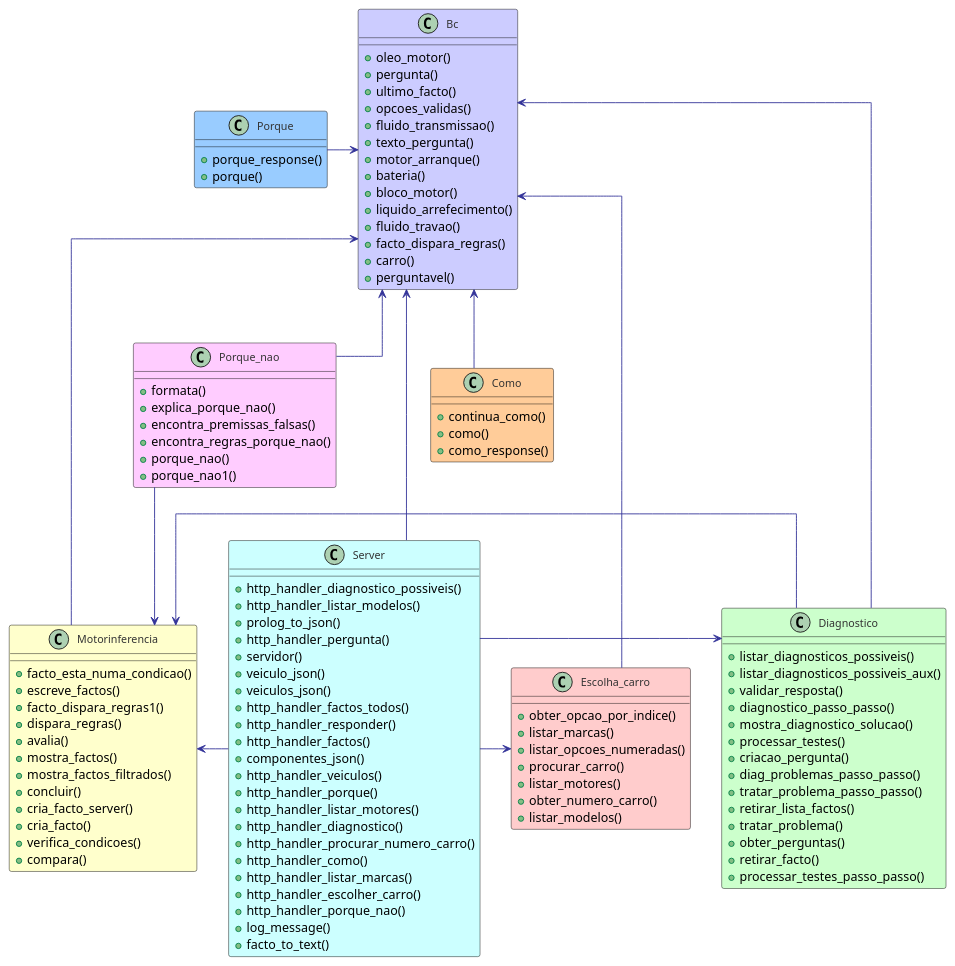
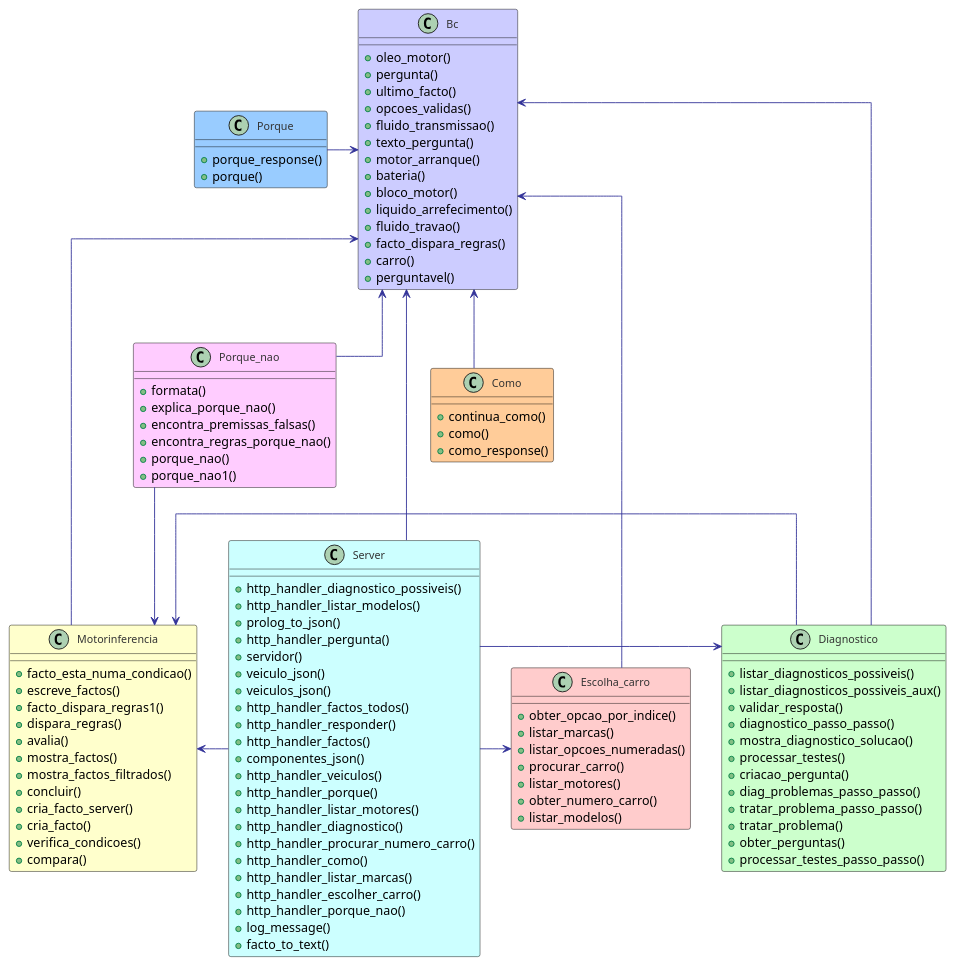
Before and after one commit to JorgeCunha07/DiagnosticTool_PericialSystem: the diagram in Documents/applicationsDiagrams/Diagram_Prologue.puml, drawn with PlantUML.

Commit message:
PPROGIA: Diagrama de classes prolog atualizado

```diff
--- a/Documents/applicationsDiagrams/Diagram_Prologue.puml
+++ b/Documents/applicationsDiagrams/Diagram_Prologue.puml
@@ -1,139 +1,137 @@
 @startuml
 ' Define colors and styles for a more visually appealing diagram
 skinparam class {
     BackgroundColor #F9F9F9
     ArrowColor #333399
     BorderColor #000000
     FontColor #333333
     FontSize 12
 }
 
 ' Define arrow style
 skinparam linetype ortho
 
 class Bc #CCCCFF {
   +oleo_motor()
   +pergunta()
   +ultimo_facto()
   +opcoes_validas()
   +fluido_transmissao()
   +texto_pergunta()
   +motor_arranque()
   +bateria()
   +bloco_motor()
   +liquido_arrefecimento()
   +fluido_travao()
   +facto_dispara_regras()
   +carro()
   +perguntavel()
 }
 
 
 class Como #FFCC99 {
   +continua_como()
   +como()
   +como_response()
 }
 
 
 class Diagnostico #CCFFCC{
   +listar_diagnosticos_possiveis()
   +listar_diagnosticos_possiveis_aux()
   +validar_resposta()
   +diagnostico_passo_passo()
   +mostra_diagnostico_solucao()
   +processar_testes()
   +criacao_pergunta()
   +diag_problemas_passo_passo()
   +tratar_problema_passo_passo()
-  +retirar_lista_factos()
   +tratar_problema()
   +obter_perguntas()
-  +retirar_facto()
   +processar_testes_passo_passo()
 }
 
 
 class Escolha_carro #FFCCCC{
   +obter_opcao_por_indice()
   +listar_marcas()
   +listar_opcoes_numeradas()
   +procurar_carro()
   +listar_motores()
   +obter_numero_carro()
   +listar_modelos()
 }
 
 
 class Motorinferencia #FFFFCC{
   +facto_esta_numa_condicao()
   +escreve_factos()
   +facto_dispara_regras1()
   +dispara_regras()
   +avalia()
   +mostra_factos()
   +mostra_factos_filtrados()
   +concluir()
   +cria_facto_server()
   +cria_facto()
   +verifica_condicoes()
   +compara()
 }
 
 
 class Porque #99CCFF{
   +porque_response()
   +porque()
 }
 
 
 class Porque_nao #FFCCFF{
   +formata()
   +explica_porque_nao()
   +encontra_premissas_falsas()
   +encontra_regras_porque_nao()
   +porque_nao()
   +porque_nao1()
 }
 
 
 class Server #CCFFFF{
   +http_handler_diagnostico_possiveis()
   +http_handler_listar_modelos()
   +prolog_to_json()
   +http_handler_pergunta()
   +servidor()
   +veiculo_json()
   +veiculos_json()
   +http_handler_factos_todos()
   +http_handler_responder()
   +http_handler_factos()
   +componentes_json()
   +http_handler_veiculos()
   +http_handler_porque()
   +http_handler_listar_motores()
   +http_handler_diagnostico()
   +http_handler_procurar_numero_carro()
   +http_handler_como()
   +http_handler_listar_marcas()
   +http_handler_escolher_carro()
   +http_handler_porque_nao()
   +log_message()
   +facto_to_text()
 }
 
 ' Define relationships
 Server -left-> Motorinferencia
 Server -> Bc
 Server -> Diagnostico
 Escolha_carro <-left- Server
 Diagnostico --> Bc
 Diagnostico -> Motorinferencia
 Porque_nao -> Motorinferencia
 Bc <--- Escolha_carro
 Porque -> Bc
 Bc <-- Porque_nao
 Como --up> Bc
 Bc <--- Motorinferencia
 
 @enduml
```
